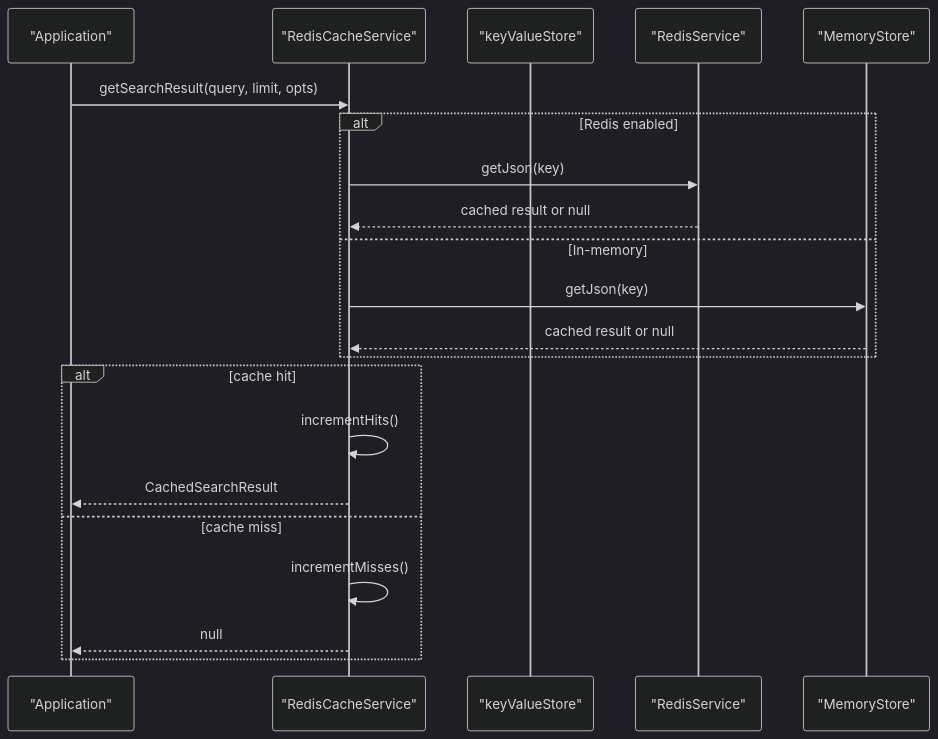
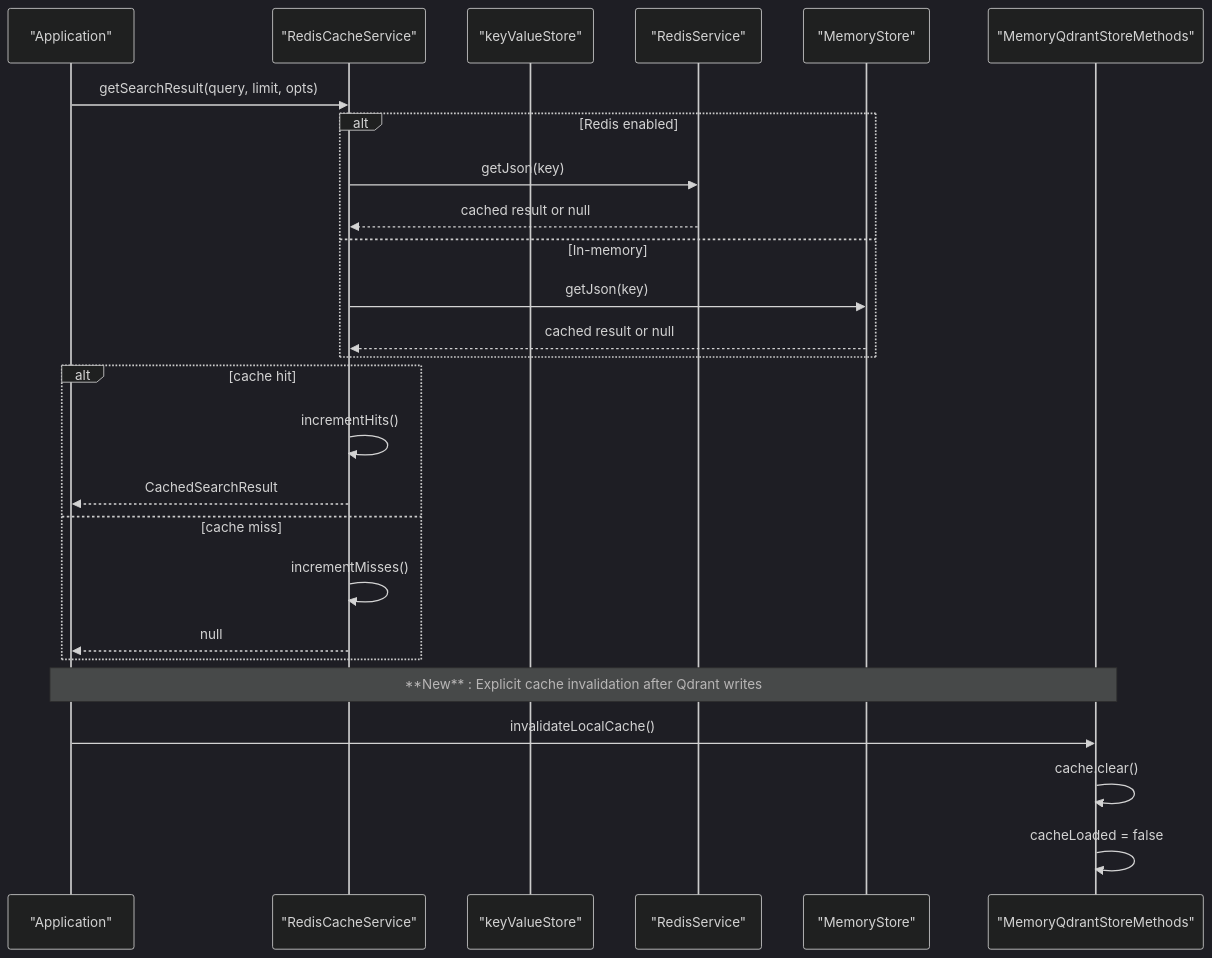
One commit to debian777/kairos-mcp changed the second of 11 diagrams in .qoder/repowiki/en/content/Core Services/Cache Layer.md. Above: the diagram before and after it, drawn with Mermaid (dark theme). The commit also changed other lines of this file and 16 other files, not shown here.

````diff
--- a/.qoder/repowiki/en/content/Core Services/Cache Layer.md
+++ b/.qoder/repowiki/en/content/Core Services/Cache Layer.md
@@ -109,23 +132,28 @@
 ```mermaid
 sequenceDiagram
 participant App as "Application"
 participant RCS as "RedisCacheService"
 participant KVS as "keyValueStore"
 participant RS as "RedisService"
 participant MS as "MemoryStore"
+participant MQSM as "MemoryQdrantStoreMethods"
 App->>RCS : getSearchResult(query, limit, opts)
 alt Redis enabled
 RCS->>RS : getJson(key)
 RS-->>RCS : cached result or null
 else In-memory
 RCS->>MS : getJson(key)
 MS-->>RCS : cached result or null
 end
 alt cache hit
 RCS->>RCS : incrementHits()
 RCS-->>App : CachedSearchResult
 else cache miss
 RCS->>RCS : incrementMisses()
 RCS-->>App : null
 end
+Note over App,MQSM : **New** : Explicit cache invalidation after Qdrant writes
+App->>MQSM : invalidateLocalCache()
+MQSM->>MQSM : cache.clear()
+MQSM->>MQSM : cacheLoaded = false
 ```
````
